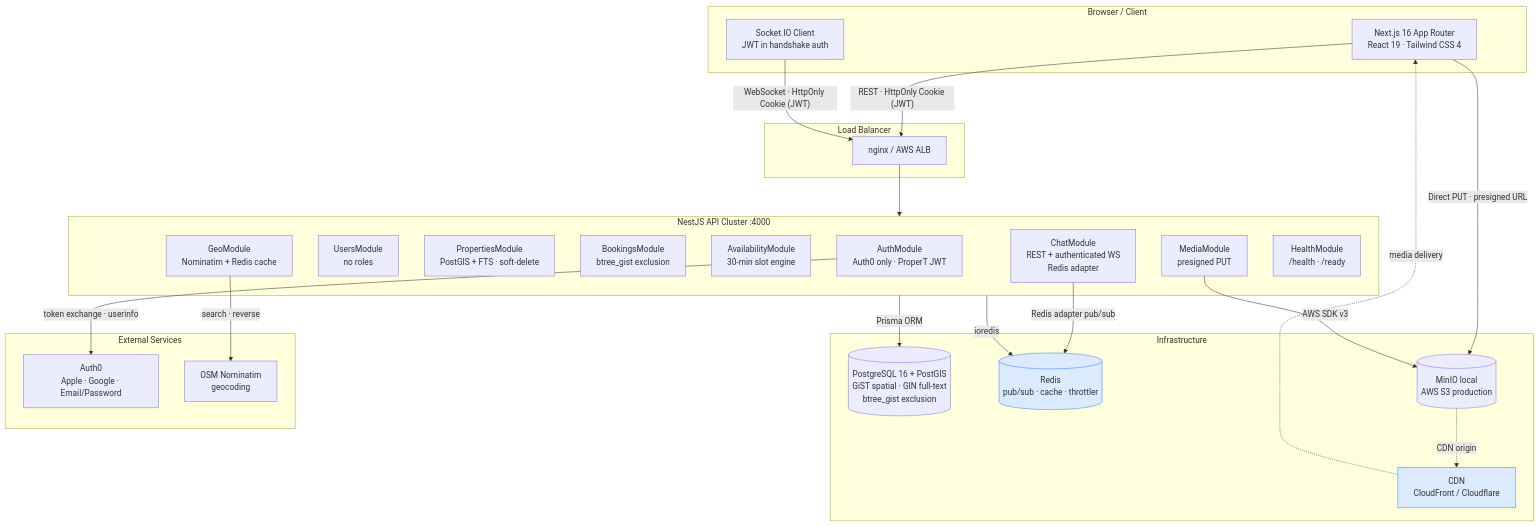
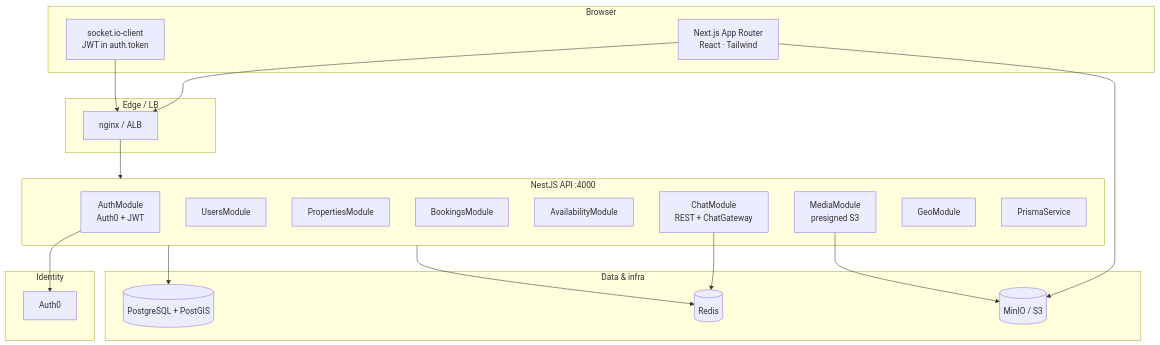
One commit to Raz-Bouganim/ProperT changed the first of 7 diagrams in ARCHITECTURE.md. Above: the diagram before and after it, drawn with Mermaid. The commit also changed other lines of this file and 4 other files, not shown here.

````diff
--- a/ARCHITECTURE.md
+++ b/ARCHITECTURE.md
@@ -206,54 +47,43 @@
 ```mermaid
 graph TB
-    subgraph Browser["Browser / Client"]
-        UI["Next.js 16 App Router\nReact 19 · Tailwind CSS 4"]
-        SOCK_C["Socket.IO Client\nJWT in handshake auth"]
-    end
+  subgraph Client["Browser"]
+    UI["Next.js App Router\nReact · Tailwind"]
+    SIO["socket.io-client\nJWT in auth.token"]
+  end
 
-    subgraph LB["Load Balancer"]
-        NGINX["nginx / AWS ALB"]
-    end
+  subgraph Edge["Edge / LB"]
+    LB["nginx / ALB"]
+  end
 
-    subgraph APICluster["NestJS API Cluster  :4000"]
-        AUTH_M["AuthModule\nAuth0 only · ProperT JWT"]
-        USERS_M["UsersModule\nno roles"]
-        PROP_M["PropertiesModule\nPostGIS + FTS · soft-delete"]
-        BOOK_M["BookingsModule\nbtree_gist exclusion"]
-        AVAIL_M["AvailabilityModule\n30-min slot engine"]
-        CHAT_M["ChatModule\nREST + authenticated WS\nRedis adapter"]
-        MEDIA_M["MediaModule\npresigned PUT"]
-        GEO_M["GeoModule\nNominatim + Redis cache"]
-        HEALTH_M["HealthModule\n/health · /ready"]
-    end
+  subgraph API["NestJS API :4000"]
+    AUTH["AuthModule\nAuth0 + JWT"]
+    USERS["UsersModule"]
+    PROP["PropertiesModule"]
+    BOOK["BookingsModule"]
+    AVAIL["AvailabilityModule"]
+    CHAT["ChatModule\nREST + ChatGateway"]
+    MEDIA["MediaModule\npresigned S3"]
+    GEO["GeoModule"]
+    PRISMA["PrismaService"]
+  end
 
-    subgraph Infra["Infrastructure"]
-        PG[("PostgreSQL 16 + PostGIS\nGiST spatial · GIN full-text\nbtree_gist exclusion")]
-        REDIS[("Redis\npub/sub · cache · throttler")]
-        S3[("MinIO  local\nAWS S3  production")]
-        CDN["CDN\nCloudFront / Cloudflare"]
-    end
+  subgraph Data["Data & infra"]
+    PG[("PostgreSQL + PostGIS")]
+    REDIS[("Redis")]
+    S3[("MinIO / S3")]
+  end
 
-    subgraph External["External Services"]
-        AUTH0["Auth0\nApple · Google · Email/Password"]
-        NOMINATIM["OSM Nominatim\ngeocoding"]
-    end
+  subgraph IdP["Identity"]
+    AUTH0["Auth0"]
+  end
 
-    UI      -- "REST · HttpOnly Cookie (JWT)" --> NGINX
-    SOCK_C  -- "WebSocket · HttpOnly Cookie (JWT)" --> NGINX
-    NGINX   --> APICluster
-    UI      -- "Direct PUT · presigned URL" --> S3
-
-    APICluster -- "Prisma ORM" --> PG
-    APICluster -- "ioredis" --> REDIS
-    MEDIA_M    -- "AWS SDK v3" --> S3
-    CHAT_M     -- "Redis adapter pub/sub" --> REDIS
-
-    AUTH_M  -- "token exchange · userinfo" --> AUTH0
-    GEO_M   -- "search · reverse" --> NOMINATIM
-
-    S3      -. "CDN origin" .-> CDN
-    CDN     -. "media delivery" .-> UI
-
-    classDef active fill:#dbeafe,stroke:#3b82f6
-    class REDIS,CDN active
+  UI --> LB
+  SIO --> LB
+  LB --> API
+  UI --> S3
+  AUTH --> AUTH0
+  API --> PG
+  API --> REDIS
+  CHAT --> REDIS
+  MEDIA --> S3
 ```
````
